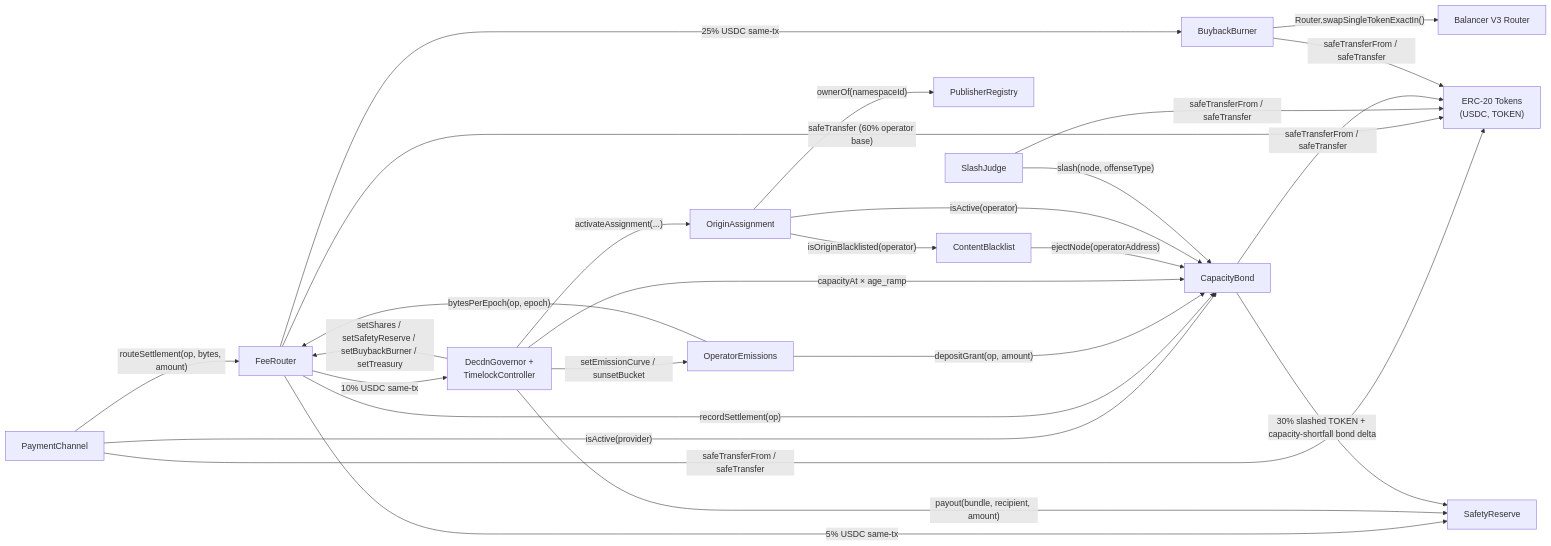
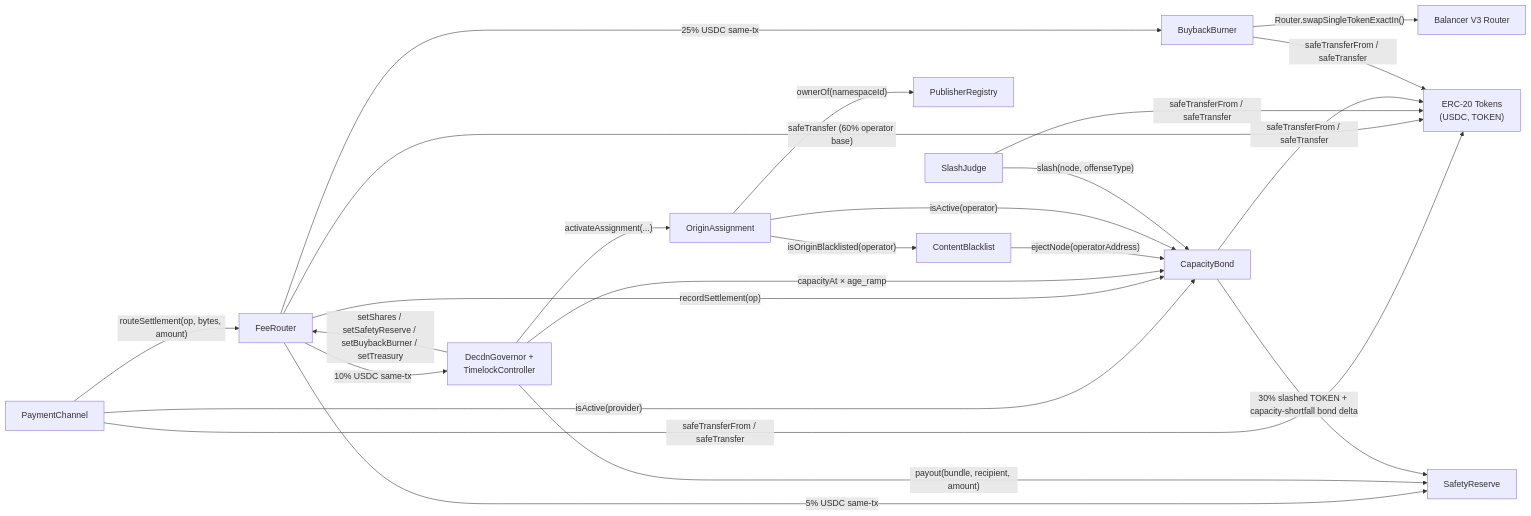
Before and after one commit to decdn/decdn: the third of 5 diagrams in adr/016-contract-interactions.md, drawn with Mermaid. The commit also changed other lines of this file, not shown here.

First line of the commit message:
docs(adr): ADR 016 — sweep OperatorEmissions from deployment, call graph, read API

````diff
--- a/adr/016-contract-interactions.md
+++ b/adr/016-contract-interactions.md
@@ -392,42 +391,38 @@
 ```mermaid
 graph LR
     SPC["PaymentChannel"]
     CBOND["CapacityBond"]
     CB["ContentBlacklist"]
     PR["PublisherRegistry"]
     OA["OriginAssignment"]
     SJ["SlashJudge"]
     BB["BuybackBurner"]
     FR["FeeRouter"]
-    OE["OperatorEmissions"]
     SAFE["SafetyReserve"]
     GOV["DecdnGovernor +<br/>TimelockController"]
     ERC["ERC-20 Tokens<br/>(USDC, TOKEN)"]
     BAL["Balancer V3 Router"]
 
     SPC -->|"isActive(provider)"| CBOND
     SPC -->|"safeTransferFrom / safeTransfer"| ERC
     SPC -->|"routeSettlement(op, bytes, amount)"| FR
     FR -->|"recordSettlement(op)"| CBOND
     FR -->|"25% USDC same-tx"| BB
     FR -->|"10% USDC same-tx"| GOV
     FR -->|"5% USDC same-tx"| SAFE
     FR -->|"safeTransfer (60% operator base)"| ERC
-    OE -->|"bytesPerEpoch(op, epoch)"| FR
-    OE -->|"depositGrant(op, amount)"| CBOND
     GOV -->|"capacityAt × age_ramp"| CBOND
     GOV -->|"payout(bundle, recipient, amount)"| SAFE
     GOV -->|"setShares / setSafetyReserve / setBuybackBurner / setTreasury"| FR
-    GOV -->|"setEmissionCurve / sunsetBucket"| OE
     CB -->|"ejectNode(operatorAddress)"| CBOND
     OA -->|"isActive(operator)"| CBOND
     OA -->|"ownerOf(namespaceId)"| PR
     OA -->|"isOriginBlacklisted(operator)"| CB
     GOV -->|"activateAssignment(...)"| OA
     SJ -->|"slash(node, offenseType)"| CBOND
     SJ -->|"safeTransferFrom / safeTransfer"| ERC
     CBOND -->|"safeTransferFrom / safeTransfer"| ERC
     CBOND -->|"30% slashed TOKEN + capacity-shortfall bond delta"| SAFE
     BB -->|"Router.swapSingleTokenExactIn()"| BAL
     BB -->|"safeTransferFrom / safeTransfer"| ERC
 ```
````
